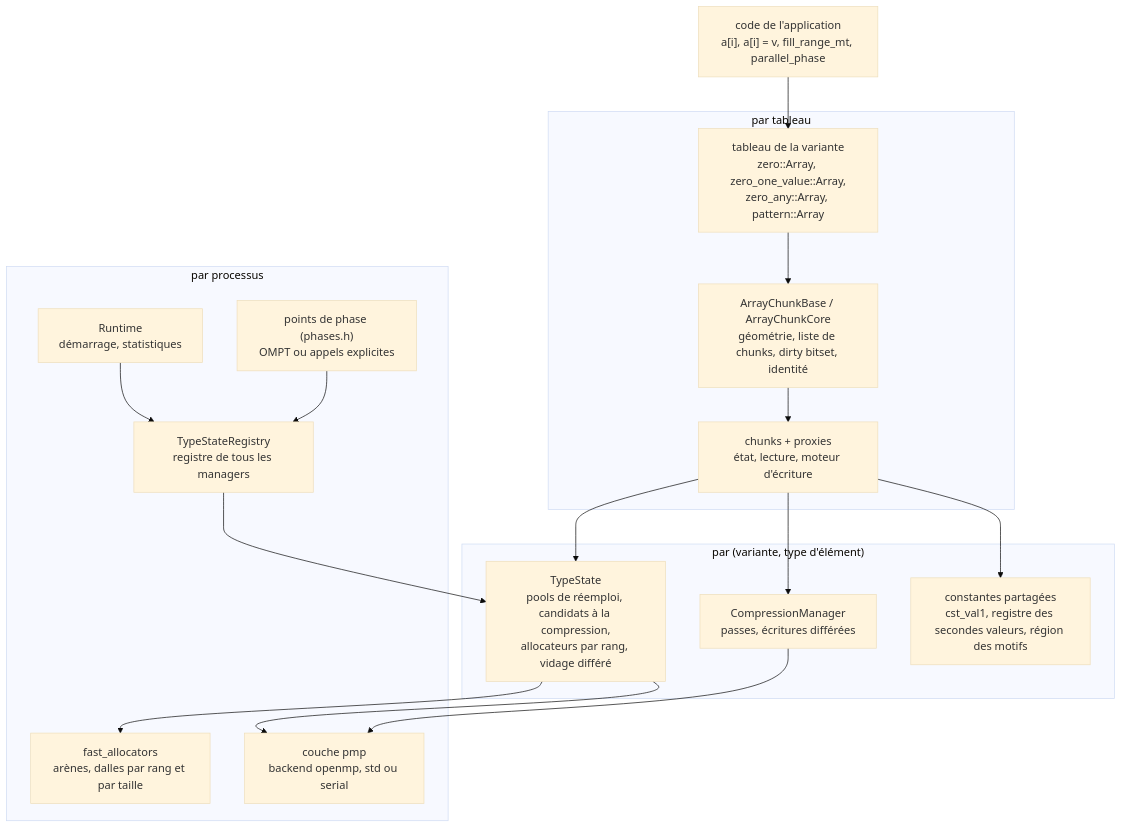
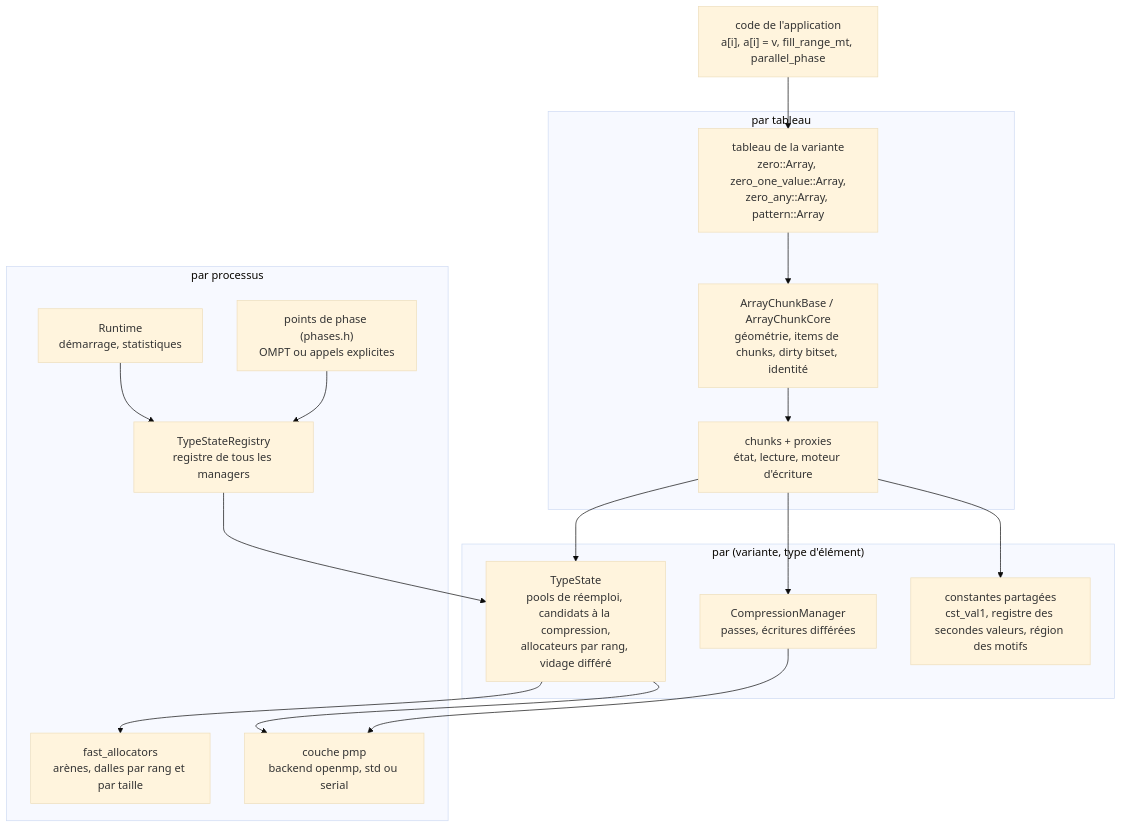
One commit to cea-hpc/shrink-array changed the second of 3 diagrams in docs/conception_fr.md. Above: the diagram before and after it, drawn with Mermaid (base theme). The commit also changed 99 other files, not shown here.

````diff
--- a/docs/conception_fr.md
+++ b/docs/conception_fr.md
@@ -74,31 +74,31 @@
 ```mermaid
 flowchart TB
     app["code de l'application<br/>a[i], a[i] = v, fill_range_mt, parallel_phase"]
     subgraph per_array["par tableau"]
         arr["tableau de la variante<br/>zero::Array, zero_one_value::Array,<br/>zero_any::Array, pattern::Array"]
-        base["ArrayChunkBase / ArrayChunkCore<br/>géométrie, liste de chunks, dirty bitset, identité"]
+        base["ArrayChunkBase / ArrayChunkCore<br/>géométrie, items de chunks, dirty bitset, identité"]
         chk["chunks + proxies<br/>état, lecture, moteur d'écriture"]
     end
     subgraph per_type["par (variante, type d'élément)"]
         mgr["TypeState<br/>pools de réemploi, candidats à la compression,<br/>allocateurs par rang, vidage différé"]
         cmp["CompressionManager<br/>passes, écritures différées"]
         reg["constantes partagées<br/>cst_val1, registre des secondes valeurs, région des motifs"]
     end
     subgraph per_process["par processus"]
         all["TypeStateRegistry<br/>registre de tous les managers"]
         par["Runtime<br/>démarrage, statistiques"]
         phase["points de phase (phases.h)<br/>OMPT ou appels explicites"]
         pmp["couche pmp<br/>backend openmp, std ou serial"]
         fa["fast_allocators<br/>arènes, dalles par rang et par taille"]
     end
     app --> arr --> base --> chk
     chk --> mgr
     chk --> cmp
     chk --> reg
     mgr --> fa
     all --> mgr
     par --> all
     phase --> all
     cmp --> pmp
     mgr --> pmp
 ```
````
